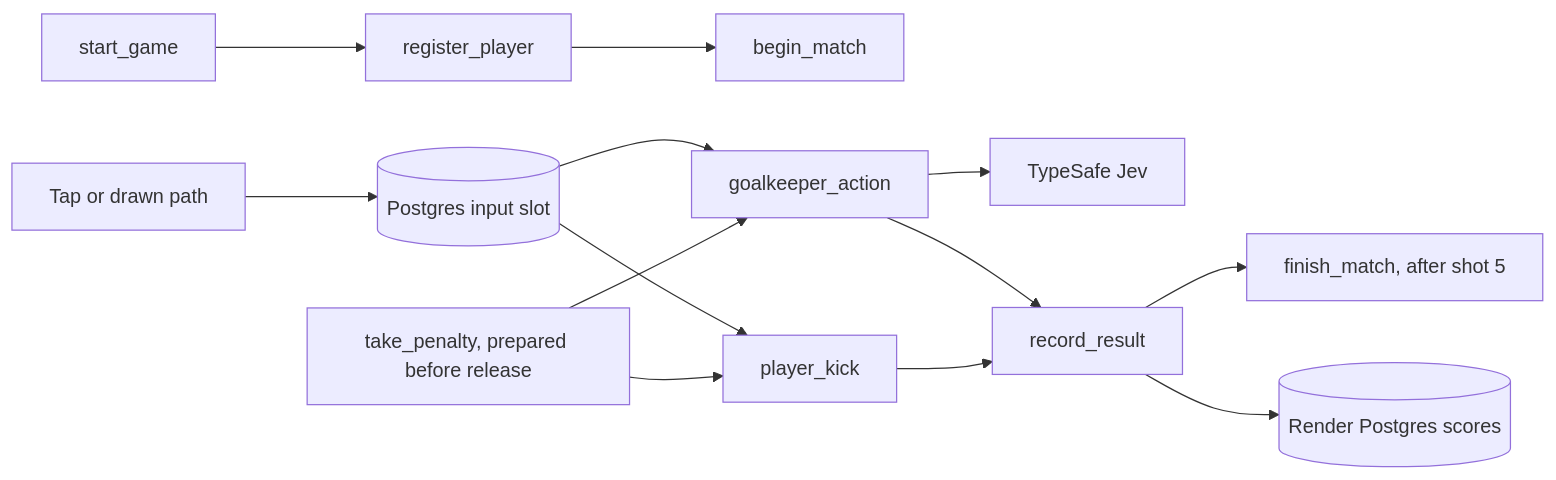
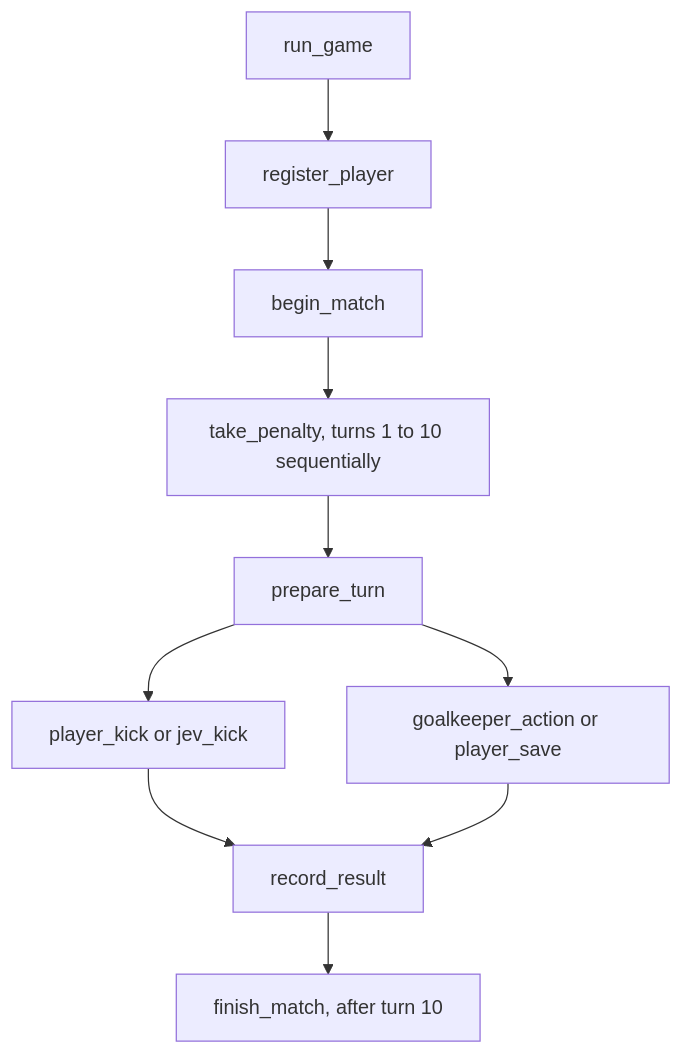
The diagram in docs/architecture.md (femisapien/beat-jev), drawn with Mermaid before and after one commit. The commit also changed other lines of this file and 36 other files, not shown here.

Commit message:
Run alternating shootouts under one match workflow

````diff
--- a/docs/architecture.md
+++ b/docs/architecture.md
@@ -3,15 +5,12 @@
 ```mermaid
-flowchart LR
-  Start[start_game] --> Player[register_player]
-  Player --> Begin[begin_match]
-  Turn[take_penalty, prepared before release] --> Kick[player_kick]
-  Turn --> Keeper[goalkeeper_action]
-  Input[(Postgres input slot)] --> Kick
-  Input --> Keeper
-  UI[Tap or drawn path] --> Input
-  Keeper --> Jev[TypeSafe Jev]
-  Kick --> Record[record_result]
+flowchart TD
+  Game[run_game] --> Register[register_player]
+  Register --> Begin[begin_match]
+  Begin --> Turn[take_penalty, turns 1 to 10 sequentially]
+  Turn --> Prepare[prepare_turn]
+  Prepare --> Player[player_kick or jev_kick]
+  Prepare --> Keeper[goalkeeper_action or player_save]
+  Player --> Record[record_result]
   Keeper --> Record
-  Record --> Finish[finish_match, after shot 5]
-  Record --> DB[(Render Postgres scores)]
+  Record --> Finish[finish_match, after turn 10]
 ```
````
